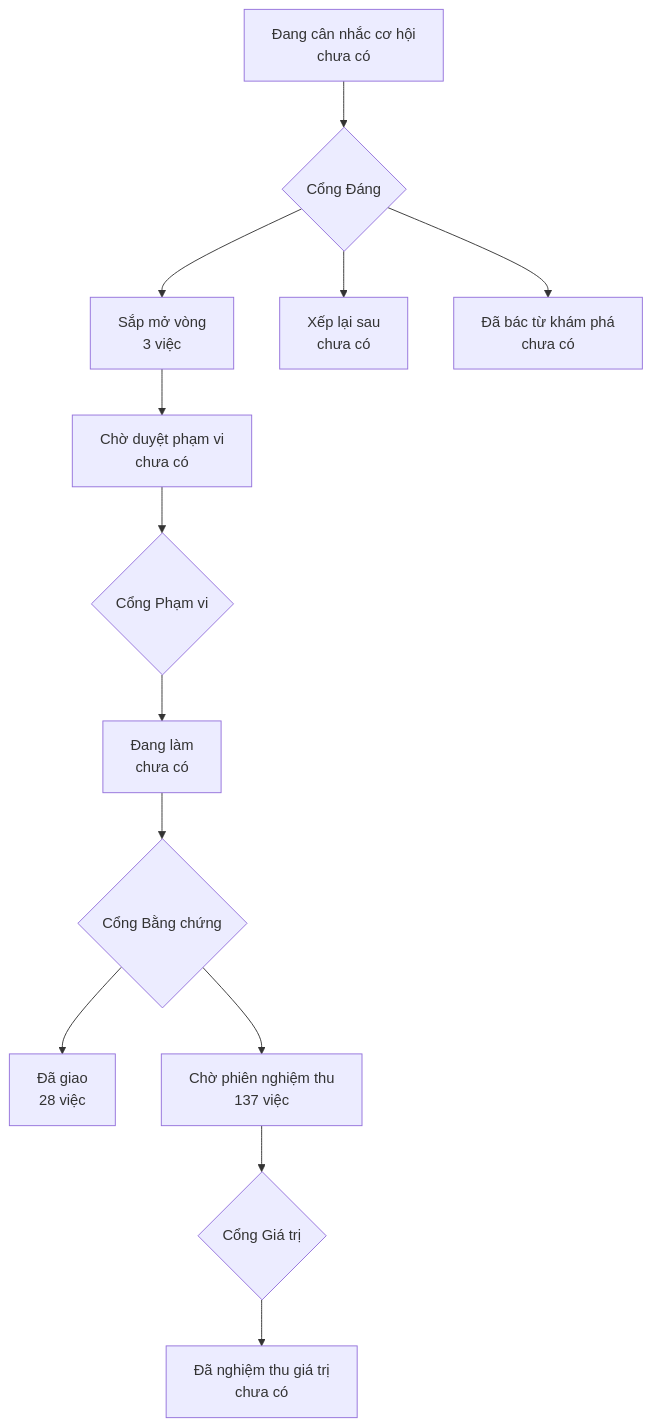
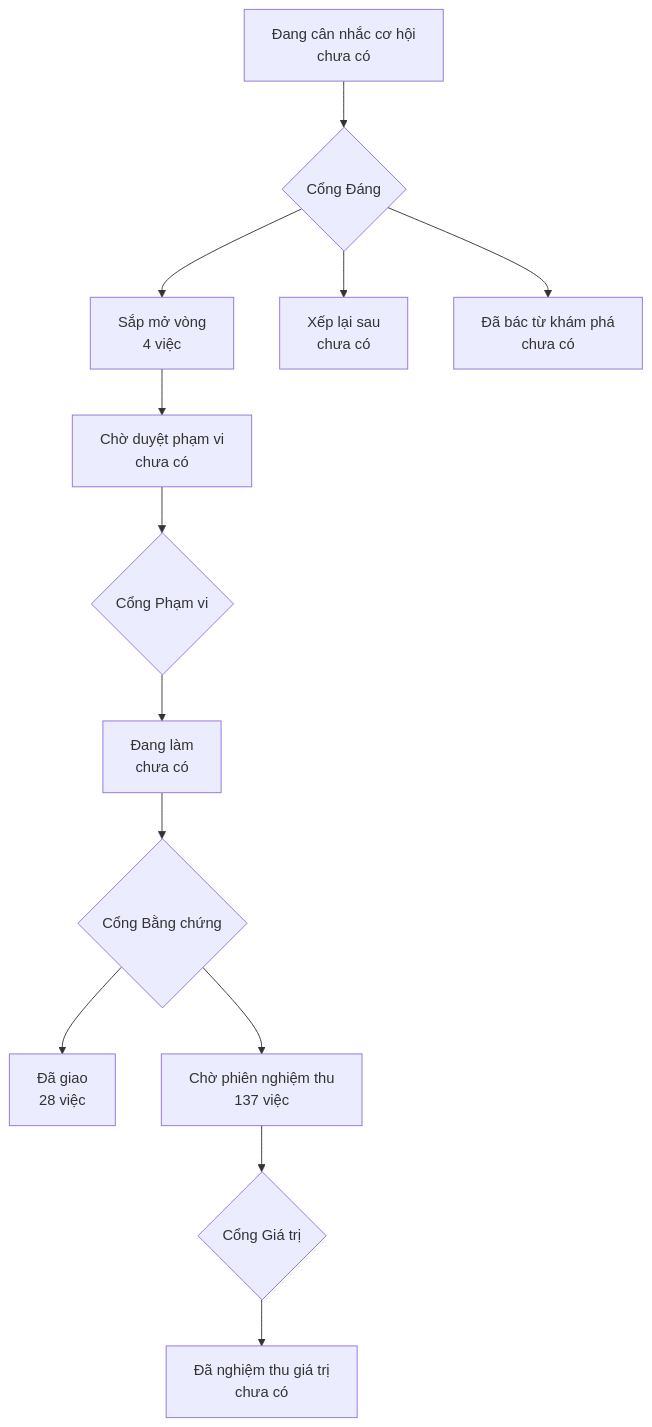
Before and after one commit to phanlemanh/onehub-quy-hang: the diagram in PRODUCT-MAP.md, drawn with Mermaid. The commit also changed other lines of this file and 3 other files, not shown here.

````diff
--- a/PRODUCT-MAP.md
+++ b/PRODUCT-MAP.md
@@ -7,12 +7,12 @@
 ```mermaid
 flowchart TD
   A["Đang cân nhắc cơ hội<br/>chưa có"] --> GD{"Cổng Đáng"}
-  GD --> B["Sắp mở vòng<br/>3 việc"]
+  GD --> B["Sắp mở vòng<br/>4 việc"]
   GD --> XL["Xếp lại sau<br/>chưa có"]
   GD --> DB["Đã bác từ khám phá<br/>chưa có"]
   B --> CD["Chờ duyệt phạm vi<br/>chưa có"] --> GP{"Cổng Phạm vi"}
   GP --> DL["Đang làm<br/>chưa có"] --> GB{"Cổng Bằng chứng"}
   GB --> DG["Đã giao<br/>28 việc"]
   GB --> CN["Chờ phiên nghiệm thu<br/>137 việc"] --> GG{"Cổng Giá trị"}
   GG --> NT["Đã nghiệm thu giá trị<br/>chưa có"]
 ```
````
